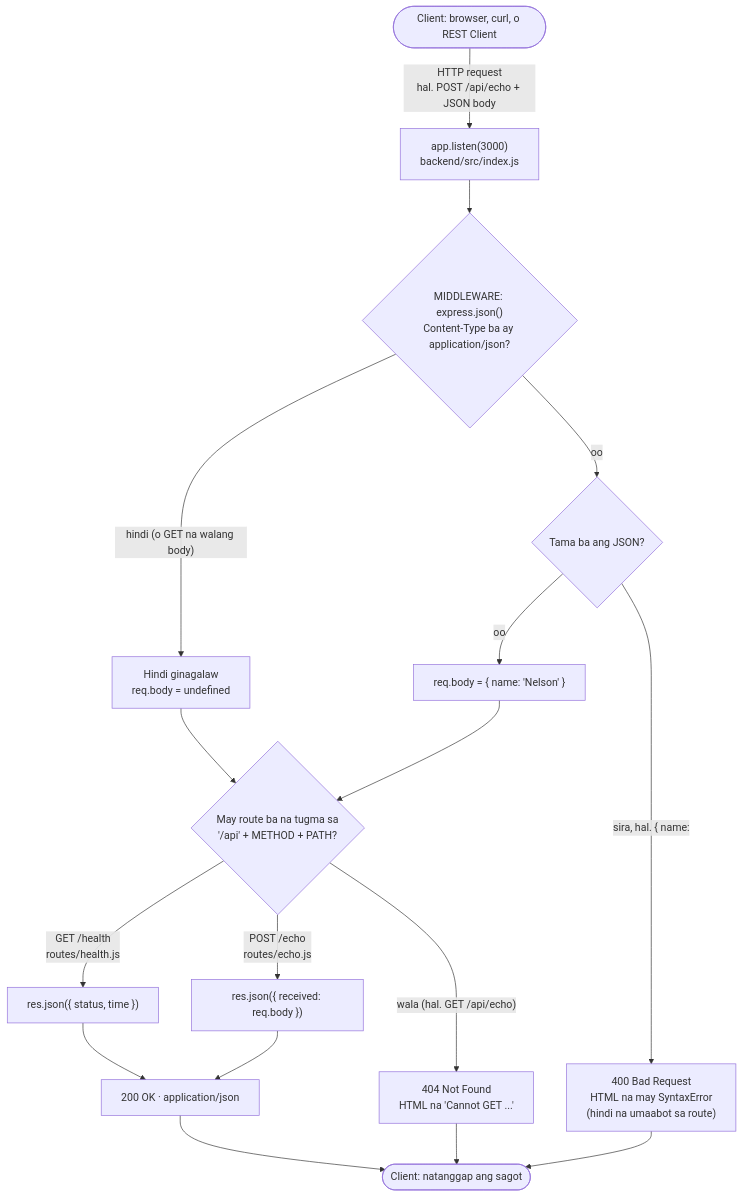
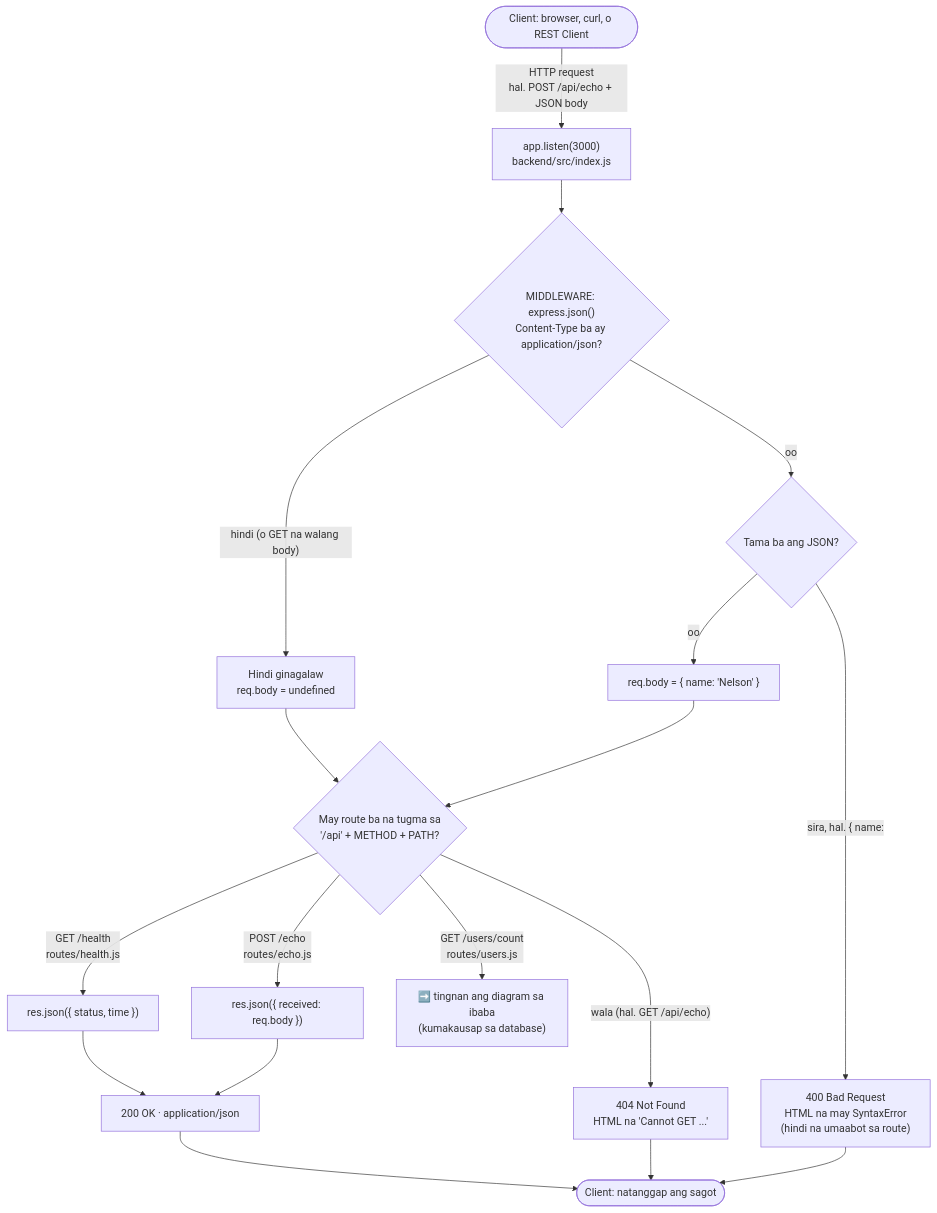
Before and after one commit to nelson1869-ai/auth-learning: the first of 2 diagrams in docs/diagrams/01-request-lifecycle.md, drawn with Mermaid. The commit also changed other lines of this file, not shown here.

First line of the commit message:
docs: add database request flow to the request lifecycle diagram

````diff
--- a/docs/diagrams/01-request-lifecycle.md
+++ b/docs/diagrams/01-request-lifecycle.md
@@ -10,19 +10,20 @@
 ```mermaid
 flowchart TD
     Start(["Client: browser, curl, o REST Client"]) -->|"HTTP request<br/>hal. POST /api/echo + JSON body"| Listen["app.listen(3000)<br/>backend/src/index.js"]
     Listen --> Json{"MIDDLEWARE: express.json()<br/>Content-Type ba ay application/json?"}
     Json -->|"hindi (o GET na walang body)"| Skip["Hindi ginagalaw<br/>req.body = undefined"]
     Json -->|"oo"| Parse{"Tama ba ang JSON?"}
     Parse -->|"oo"| Body["req.body = { name: 'Nelson' }"]
     Parse -->|"sira, hal. { name:"| Bad["400 Bad Request<br/>HTML na may SyntaxError<br/>(hindi na umaabot sa route)"]
     Skip --> Match
     Body --> Match{"May route ba na tugma sa<br/>'/api' + METHOD + PATH?"}
     Match -->|"GET /health<br/>routes/health.js"| Health["res.json({ status, time })"]
     Match -->|"POST /echo<br/>routes/echo.js"| Echo["res.json({ received: req.body })"]
+    Match -->|"GET /users/count<br/>routes/users.js"| Users["➡️ tingnan ang diagram sa ibaba<br/>(kumakausap sa database)"]
     Match -->|"wala (hal. GET /api/echo)"| NotFound["404 Not Found<br/>HTML na 'Cannot GET ...'"]
     Health --> OK["200 OK · application/json"]
     Echo --> OK
     OK --> Done(["Client: natanggap ang sagot"])
     Bad --> Done
     NotFound --> Done
 ```
````
